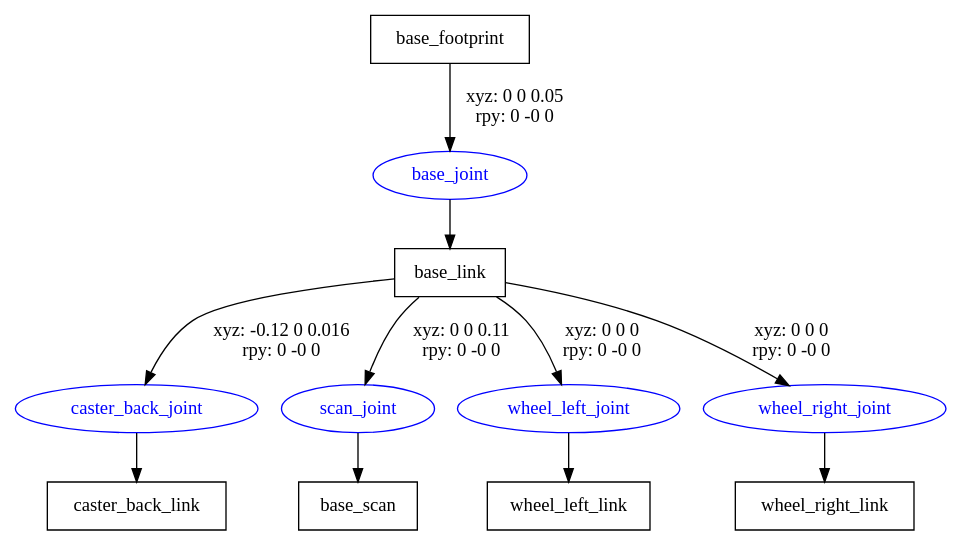
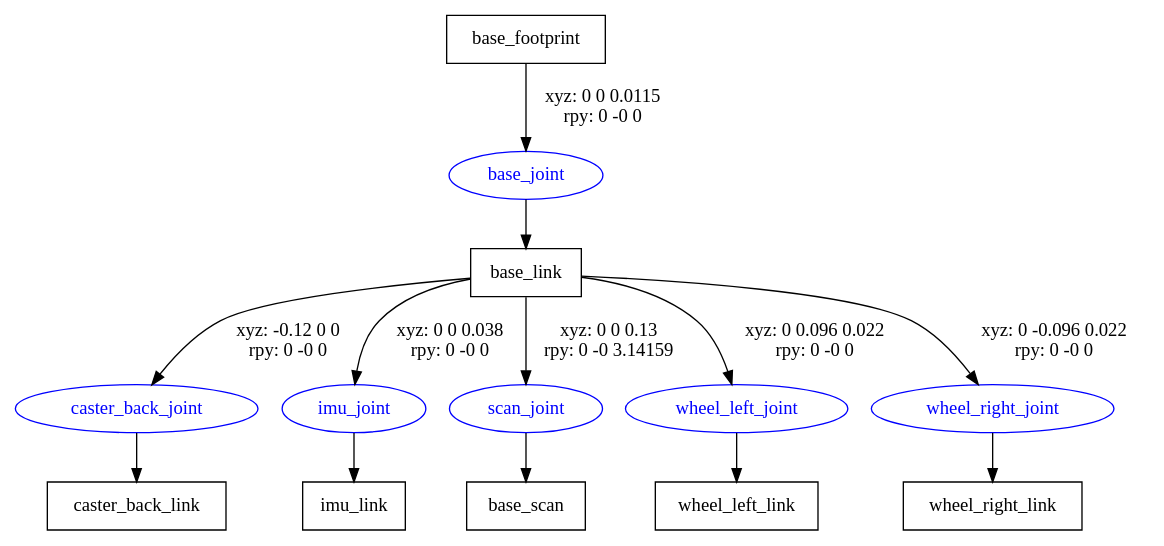
The diagram in omo_r1mini_description/urdf/r1mini.gv (PinkWink/omo_r1mini), drawn with Graphviz before and after one commit. The commit also changed 5 other files, not shown here.

```diff
--- a/omo_r1mini_description/urdf/r1mini.gv
+++ b/omo_r1mini_description/urdf/r1mini.gv
@@ -1,20 +1,23 @@
 digraph G {
 node [shape=box];
 "base_footprint" [label="base_footprint"];
 "base_link" [label="base_link"];
 "caster_back_link" [label="caster_back_link"];
+"imu_link" [label="imu_link"];
 "base_scan" [label="base_scan"];
 "wheel_left_link" [label="wheel_left_link"];
 "wheel_right_link" [label="wheel_right_link"];
 node [shape=ellipse, color=blue, fontcolor=blue];
-"base_footprint" -> "base_joint" [label="xyz: 0 0 0.05 \nrpy: 0 -0 0"]
+"base_footprint" -> "base_joint" [label="xyz: 0 0 0.0115 \nrpy: 0 -0 0"]
 "base_joint" -> "base_link"
-"base_link" -> "caster_back_joint" [label="xyz: -0.12 0 0.016 \nrpy: 0 -0 0"]
+"base_link" -> "caster_back_joint" [label="xyz: -0.12 0 0 \nrpy: 0 -0 0"]
 "caster_back_joint" -> "caster_back_link"
-"base_link" -> "scan_joint" [label="xyz: 0 0 0.11 \nrpy: 0 -0 0"]
+"base_link" -> "imu_joint" [label="xyz: 0 0 0.038 \nrpy: 0 -0 0"]
+"imu_joint" -> "imu_link"
+"base_link" -> "scan_joint" [label="xyz: 0 0 0.13 \nrpy: 0 -0 3.14159"]
 "scan_joint" -> "base_scan"
-"base_link" -> "wheel_left_joint" [label="xyz: 0 0 0 \nrpy: 0 -0 0"]
+"base_link" -> "wheel_left_joint" [label="xyz: 0 0.096 0.022 \nrpy: 0 -0 0"]
 "wheel_left_joint" -> "wheel_left_link"
-"base_link" -> "wheel_right_joint" [label="xyz: 0 0 0 \nrpy: 0 -0 0"]
+"base_link" -> "wheel_right_joint" [label="xyz: 0 -0.096 0.022 \nrpy: 0 -0 0"]
 "wheel_right_joint" -> "wheel_right_link"
 }
```
